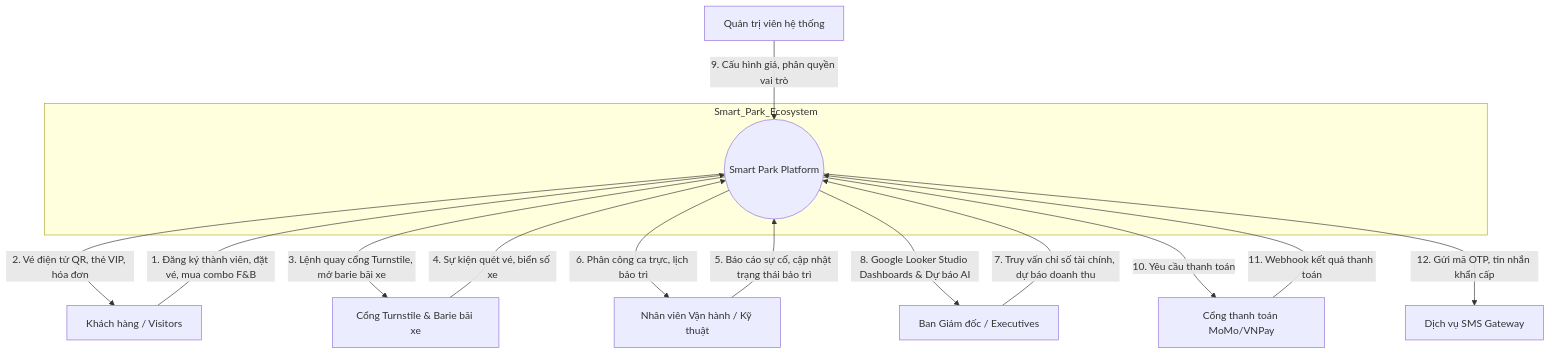
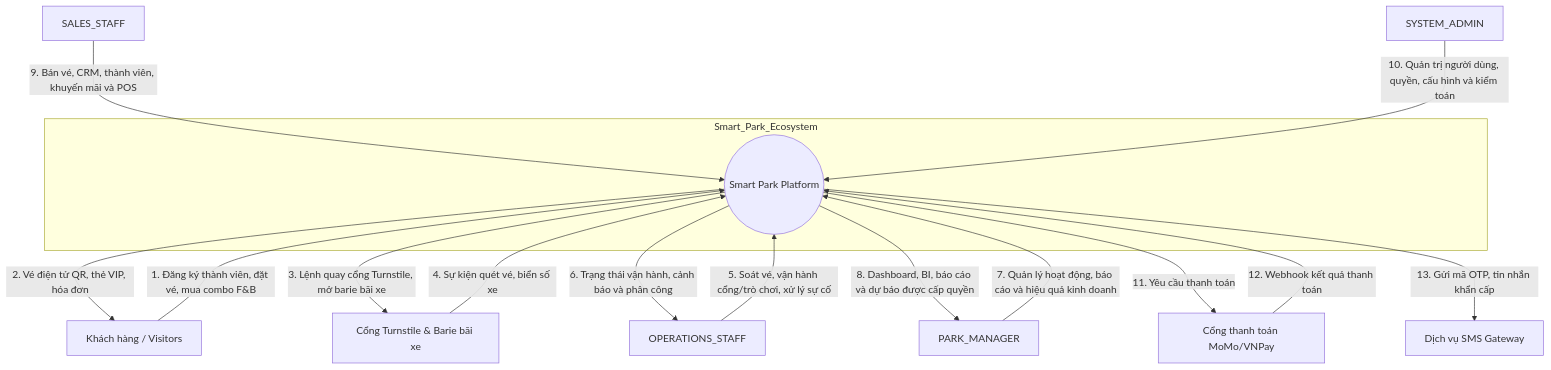
The first of 16 diagrams in Requirements_Design/System_Design_SRS.md (minh2307/Smart-Park), drawn with Mermaid before and after one commit. The commit also changed other lines of this file and 144 other files, not shown here.

````diff
--- a/Requirements_Design/System_Design_SRS.md
+++ b/Requirements_Design/System_Design_SRS.md
@@ -56,27 +56,29 @@
 ```mermaid
 graph TD
     subgraph Smart_Park_Ecosystem
         System((Smart Park Platform))
     end
 
     Customer[Khách hàng / Visitors]
-    Admin[Quản trị viên hệ thống]
-    Executive[Ban Giám đốc / Executives]
-    Staff[Nhân viên Vận hành / Kỹ thuật]
+    SystemAdmin[SYSTEM_ADMIN]
+    ParkManager[PARK_MANAGER]
+    SalesStaff[SALES_STAFF]
+    OperationsStaff[OPERATIONS_STAFF]
     PaymentGateway[Cổng thanh toán MoMo/VNPay]
     IoTDevice[Cổng Turnstile & Barie bãi xe]
     SMS_Gate[Dịch vụ SMS Gateway]
 
     Customer -->|1. Đăng ký thành viên, đặt vé, mua combo F&B| System
     System -->|2. Vé điện tử QR, thẻ VIP, hóa đơn| Customer
     System -->|3. Lệnh quay cổng Turnstile, mở barie bãi xe| IoTDevice
     IoTDevice -->|4. Sự kiện quét vé, biển số xe| System
-    Staff -->|5. Báo cáo sự cố, cập nhật trạng thái bảo trì| System
-    System -->|6. Phân công ca trực, lịch bảo trì| Staff
-    Executive -->|7. Truy vấn chỉ số tài chính, dự báo doanh thu| System
-    System -->|8. Google Looker Studio Dashboards & Dự báo AI| Executive
-    Admin -->|9. Cấu hình giá, phân quyền vai trò| System
-    System -->|10. Yêu cầu thanh toán| PaymentGateway
-    PaymentGateway -->|11. Webhook kết quả thanh toán| System
-    System -->|12. Gửi mã OTP, tin nhắn khẩn cấp| SMS_Gate
+    OperationsStaff -->|5. Soát vé, vận hành cổng/trò chơi, xử lý sự cố| System
+    System -->|6. Trạng thái vận hành, cảnh báo và phân công| OperationsStaff
+    ParkManager -->|7. Quản lý hoạt động, báo cáo và hiệu quả kinh doanh| System
+    System -->|8. Dashboard, BI, báo cáo và dự báo được cấp quyền| ParkManager
+    SalesStaff -->|9. Bán vé, CRM, thành viên, khuyến mãi và POS| System
+    SystemAdmin -->|10. Quản trị người dùng, quyền, cấu hình và kiểm toán| System
+    System -->|11. Yêu cầu thanh toán| PaymentGateway
+    PaymentGateway -->|12. Webhook kết quả thanh toán| System
+    System -->|13. Gửi mã OTP, tin nhắn khẩn cấp| SMS_Gate
 ```
````
